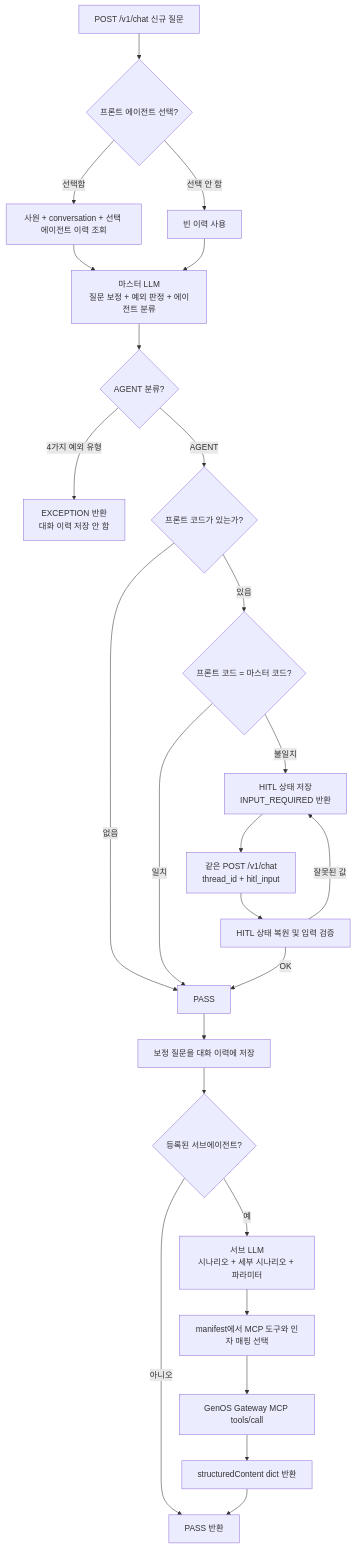
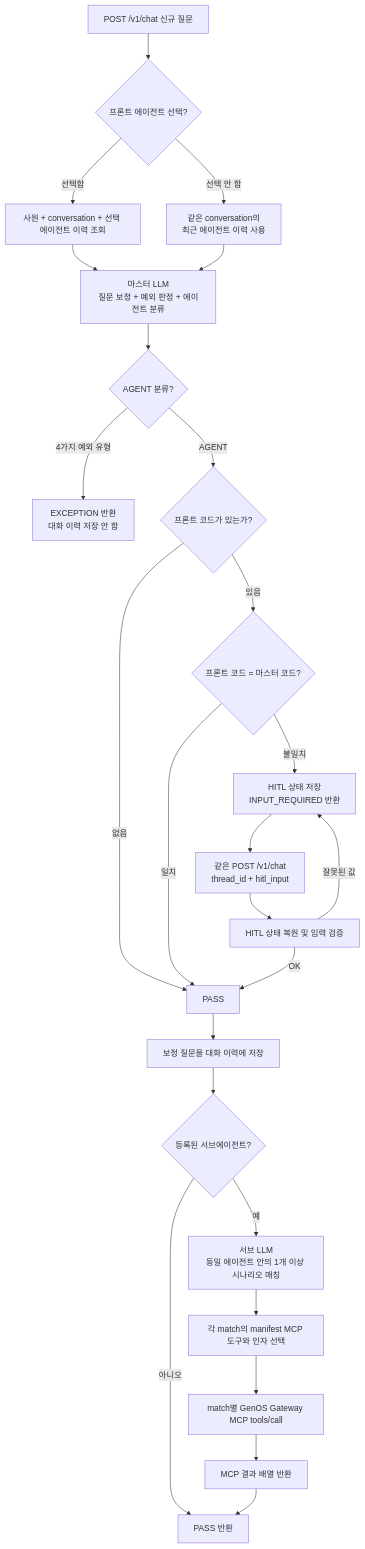
Before and after one commit to jaesikhwang-bb/SC_AX: the diagram in README.md, drawn with Mermaid. The commit also changed other lines of this file and 40 other files, not shown here.

````diff
--- a/README.md
+++ b/README.md
@@ -25,27 +27,27 @@
 ```mermaid
 flowchart TD
     A["POST /v1/chat 신규 질문"] --> B{"프론트 에이전트 선택?"}
     B -->|선택함| C["사원 + conversation + 선택 에이전트 이력 조회"]
-    B -->|선택 안 함| D["빈 이력 사용"]
+    B -->|선택 안 함| D["같은 conversation의<br/>최근 에이전트 이력 사용"]
     C --> E["마스터 LLM<br/>질문 보정 + 예외 판정 + 에이전트 분류"]
     D --> E
     E --> F{"AGENT 분류?"}
     F -->|4가지 예외 유형| X["EXCEPTION 반환<br/>대화 이력 저장 안 함"]
     F -->|AGENT| G{"프론트 코드가 있는가?"}
     G -->|없음| J["PASS"]
     G -->|있음| H{"프론트 코드 = 마스터 코드?"}
     H -->|일치| J
     H -->|불일치| I["HITL 상태 저장<br/>INPUT_REQUIRED 반환"]
     I --> R["같은 POST /v1/chat<br/>thread_id + hitl_input"]
     R --> S["HITL 상태 복원 및 입력 검증"]
     S -->|OK| J
     S -->|잘못된 값| I
     J --> K["보정 질문을 대화 이력에 저장"]
     K --> L{"등록된 서브에이전트?"}
     L -->|아니오| Z["PASS 반환"]
-    L -->|예| M["서브 LLM<br/>시나리오 + 세부 시나리오 + 파라미터"]
-    M --> N["manifest에서 MCP 도구와 인자 매핑 선택"]
-    N --> O["GenOS Gateway MCP tools/call"]
-    O --> P["structuredContent dict 반환"]
+    L -->|예| M["서브 LLM<br/>동일 에이전트 안의 1개 이상 시나리오 매칭"]
+    M --> N["각 match의 manifest MCP 도구와 인자 선택"]
+    N --> O["match별 GenOS Gateway MCP tools/call"]
+    O --> P["MCP 결과 배열 반환"]
     P --> Z
 ```
````
